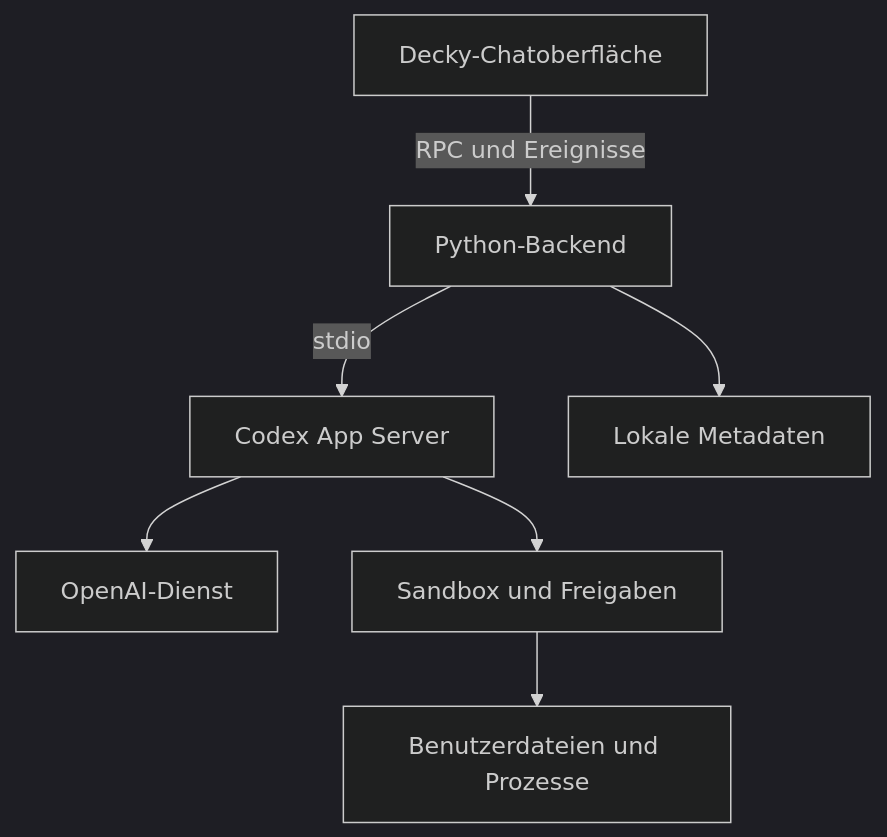
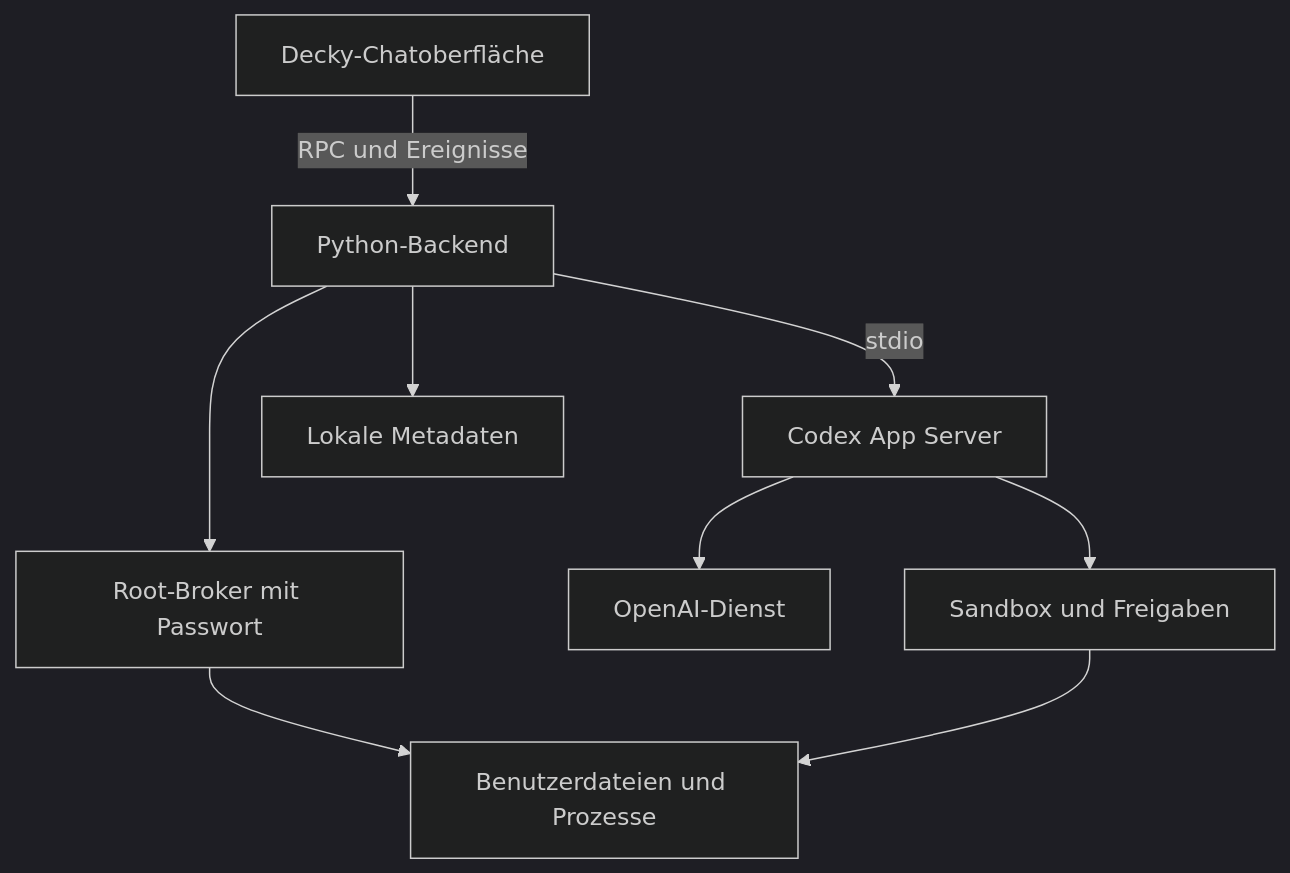
Before and after one commit to Kevni92/decky-codex: the diagram in docs/IMPLEMENTIERUNGSPLAN.md, drawn with Mermaid (dark theme). The commit also changed other lines of this file, not shown here.

Commit message:
docs: plan interactive installers, root auth, rich chat and Steam Deck skills (#2)

````diff
--- a/docs/IMPLEMENTIERUNGSPLAN.md
+++ b/docs/IMPLEMENTIERUNGSPLAN.md
@@ -66,9 +66,11 @@
 ```mermaid
 flowchart TD
   UI["Decky-Chatoberfläche"] -->|"RPC und Ereignisse"| PY["Python-Backend"]
   PY -->|"stdio"| CX["Codex App Server"]
   PY --> META["Lokale Metadaten"]
+  PY --> ROOT["Root-Broker mit Passwort"]
+  ROOT --> HOST
   CX --> CLOUD["OpenAI-Dienst"]
   CX --> POLICY["Sandbox und Freigaben"]
   POLICY --> HOST["Benutzerdateien und Prozesse"]
 ```
````
